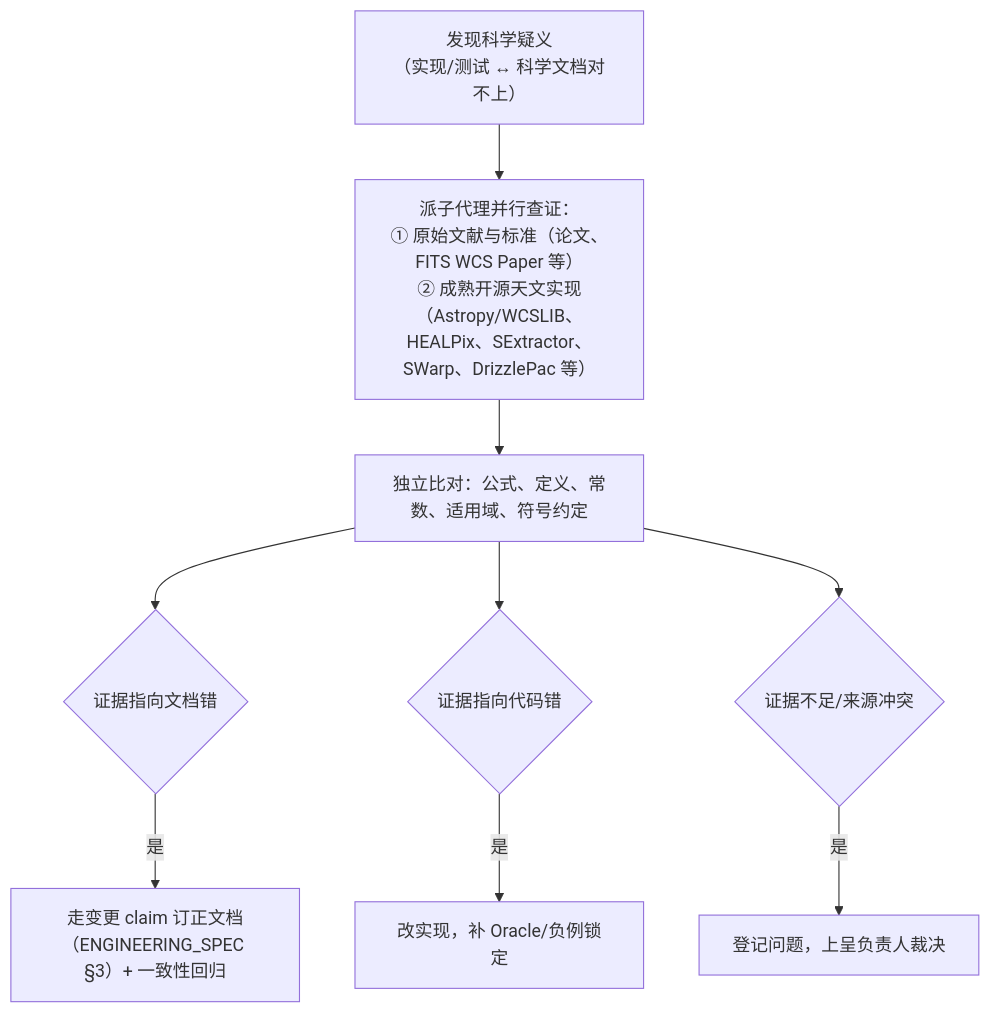
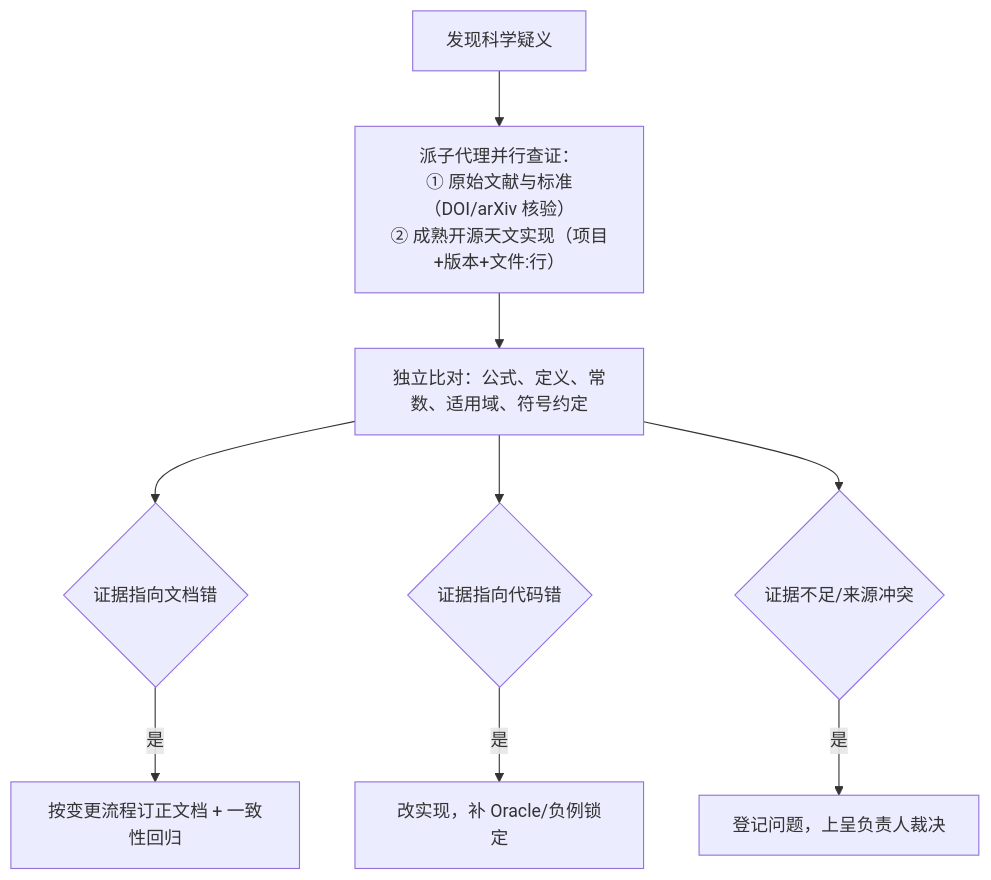
The second of 2 diagrams in AGENTS.md (fujiaze/Astro-CS-Database), drawn with Mermaid before and after one commit. The commit also changed other lines of this file and 4 other files, not shown here.

````diff
--- a/AGENTS.md
+++ b/AGENTS.md
@@ -128,16 +127,11 @@
 ```mermaid
 flowchart TD
-    Q["发现科学疑义<br/>（实现/测试 ↔ 科学文档对不上）"]
-    SUB["派子代理并行查证：<br/>① 原始文献与标准（论文、FITS WCS Paper 等）<br/>② 成熟开源天文实现（Astropy/WCSLIB、HEALPix、SExtractor、SWarp、DrizzlePac 等）"]
-    J["独立比对：公式、定义、常数、适用域、符号约定"]
-    D1{"证据指向文档错"}
-    D2{"证据指向代码错"}
-    D3{"证据不足/来源冲突"}
-    Q --> SUB --> J
-    J --> D1
-    J --> D2
-    J --> D3
-    D1 -->|是| C1["走变更 claim 订正文档<br/>（ENGINEERING_SPEC §3）+ 一致性回归"]
+    Q["发现科学疑义"] --> SUB["派子代理并行查证：<br/>① 原始文献与标准（DOI/arXiv 核验）<br/>② 成熟开源天文实现（项目+版本+文件:行）"]
+    SUB --> J["独立比对：公式、定义、常数、适用域、符号约定"]
+    J --> D1{"证据指向文档错"}
+    J --> D2{"证据指向代码错"}
+    J --> D3{"证据不足/来源冲突"}
+    D1 -->|是| C1["按变更流程订正文档 + 一致性回归"]
     D2 -->|是| C2["改实现，补 Oracle/负例锁定"]
     D3 -->|是| C3["登记问题，上呈负责人裁决"]
 ```
````
